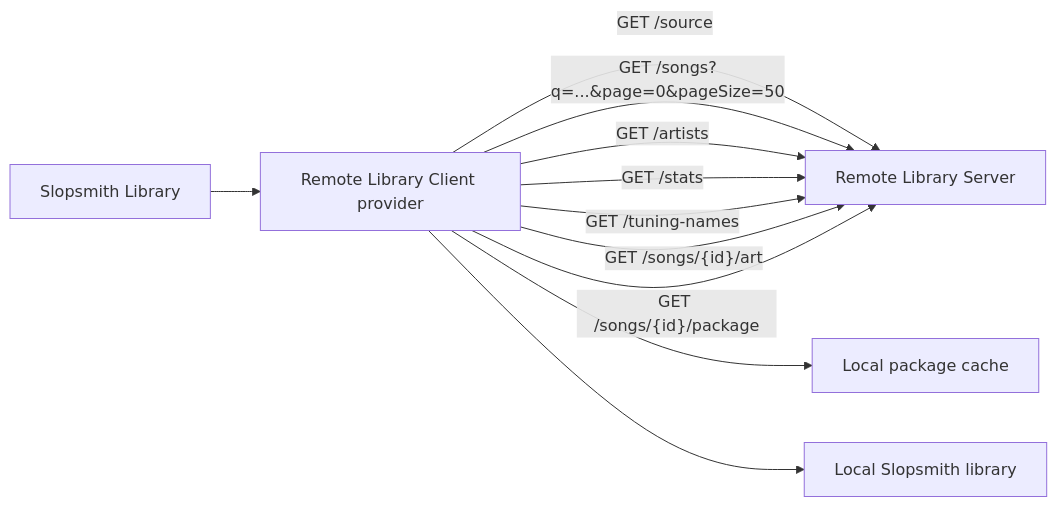
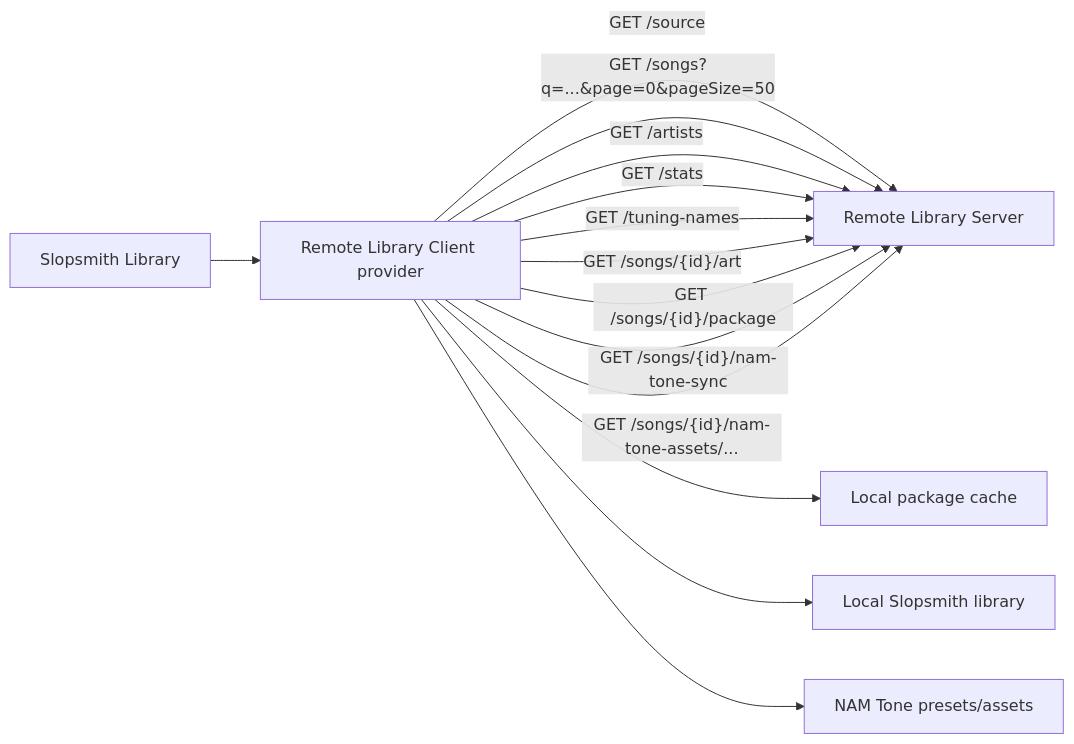
One commit to barlind/slopsmith-plugin-remote-library-client changed the diagram in README.md. Above: the diagram before and after it, drawn with Mermaid. The commit also changed other lines of this file and 5 other files, not shown here.

Commit message:
feat: Implement NAM tone sync functionality and update related components

````diff
--- a/README.md
+++ b/README.md
@@ -7,13 +7,16 @@
 ```mermaid
 flowchart LR
   UI[Slopsmith Library] --> Provider[Remote Library Client provider]
   Provider -->|"GET /source"| Server[Remote Library Server]
   Provider -->|"GET /songs?q=...&page=0&pageSize=50"| Server
   Provider -->|"GET /artists"| Server
   Provider -->|"GET /stats"| Server
   Provider -->|"GET /tuning-names"| Server
   Provider -->|"GET /songs/{id}/art"| Server
   Provider -->|"GET /songs/{id}/package"| Server
+  Provider -->|"GET /songs/{id}/nam-tone-sync"| Server
+  Provider -->|"GET /songs/{id}/nam-tone-assets/..."| Server
   Provider --> Cache[Local package cache]
   Provider --> Library[Local Slopsmith library]
+  Provider --> NAM[NAM Tone presets/assets]
 ```
````
